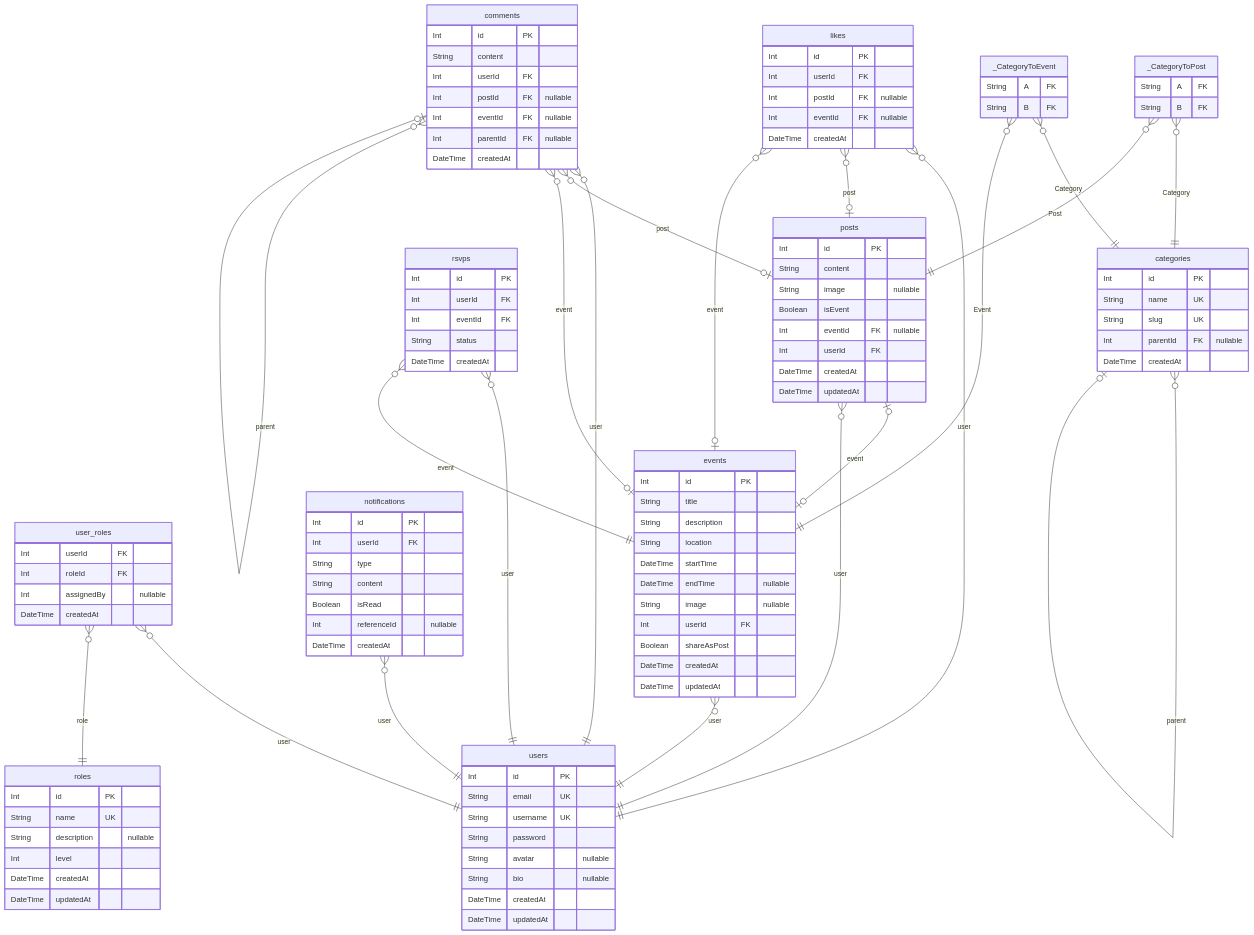
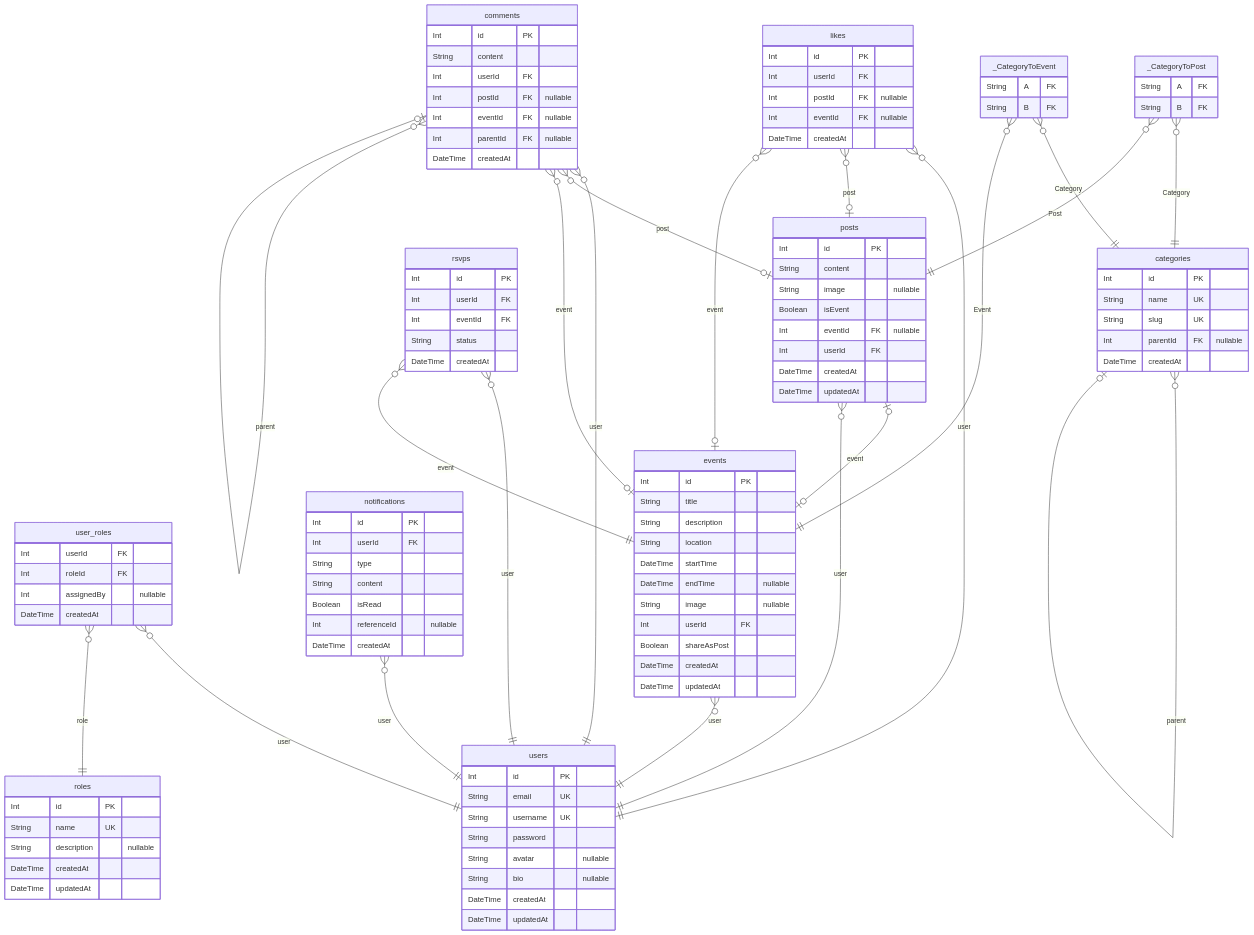
Before and after one commit to Phastboy/nest-auth: the diagram in prisma/ERD.md, drawn with Mermaid. The commit also changed other lines of this file and 2 other files, not shown here.

Commit message:
update schema

```diff
--- a/prisma/ERD.md
+++ b/prisma/ERD.md
@@ -20,7 +20,6 @@
   Int id PK
   String name UK
   String description "nullable"
-  Int level
   DateTime createdAt
   DateTime updatedAt
 }
```
